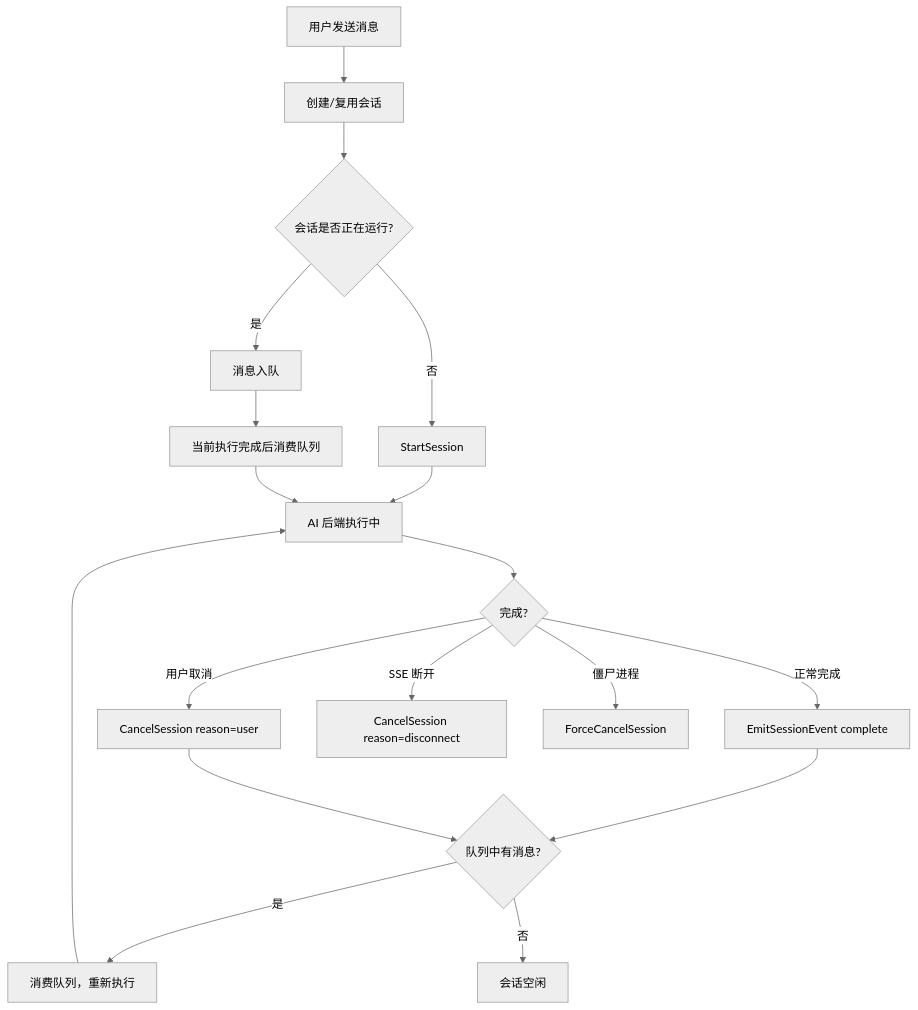
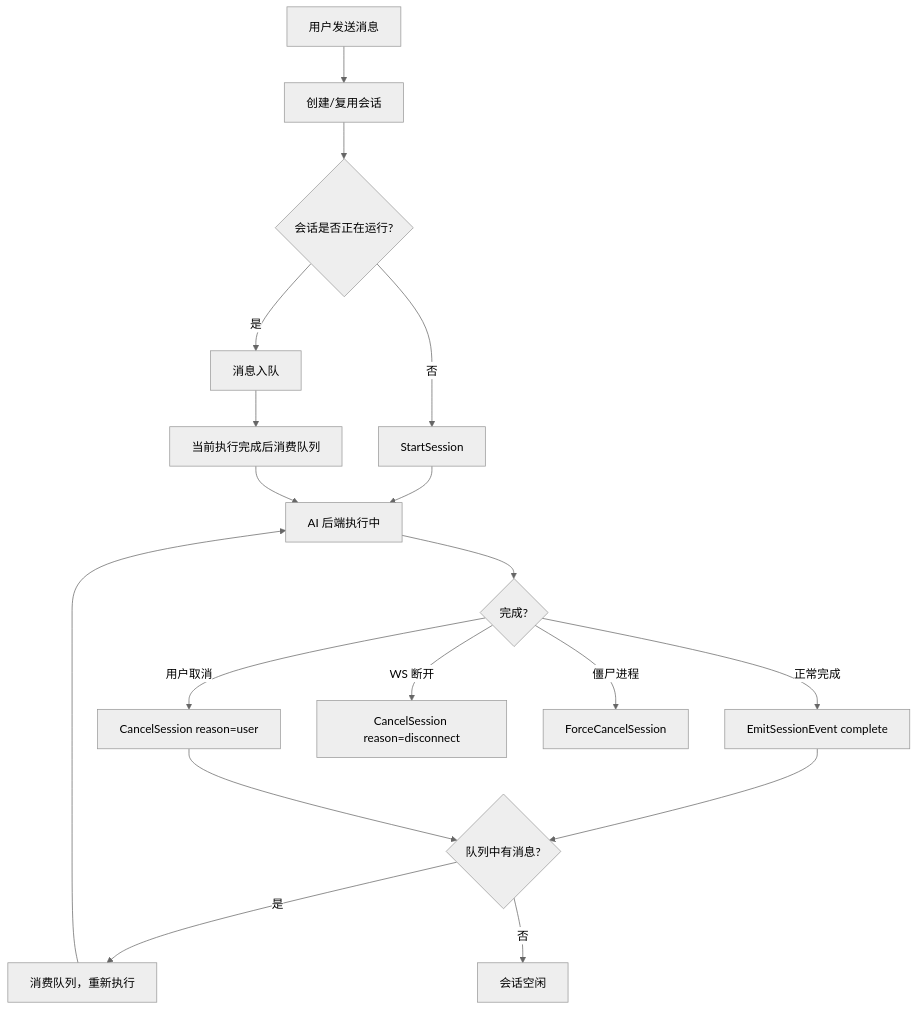
One commit to clawbench-dev/clawbench changed the first of 2 diagrams in docs/spec/core/session-lifecycle.md. Above: the diagram before and after it, drawn with Mermaid (neutral theme). The commit also changed other lines of this file and 15 other files, not shown here.

````diff
--- a/docs/spec/core/session-lifecycle.md
+++ b/docs/spec/core/session-lifecycle.md
@@ -9,20 +9,20 @@
 ```mermaid
 flowchart TD
     A[用户发送消息] --> B[创建/复用会话]
     B --> C{会话是否正在运行?}
     C -->|否| D[StartSession]
     C -->|是| E[消息入队]
     D --> F[AI 后端执行中]
     F --> G{完成?}
     G -->|正常完成| H[EmitSessionEvent complete]
     G -->|用户取消| I[CancelSession reason=user]
-    G -->|SSE 断开| J[CancelSession reason=disconnect]
+    G -->|WS 断开| J[CancelSession reason=disconnect]
     G -->|僵尸进程| K[ForceCancelSession]
     H --> L{队列中有消息?}
     I --> L
     L -->|是| M[消费队列，重新执行]
     L -->|否| N[会话空闲]
     M --> F
     E --> F2[当前执行完成后消费队列]
     F2 --> F
 ```
````
